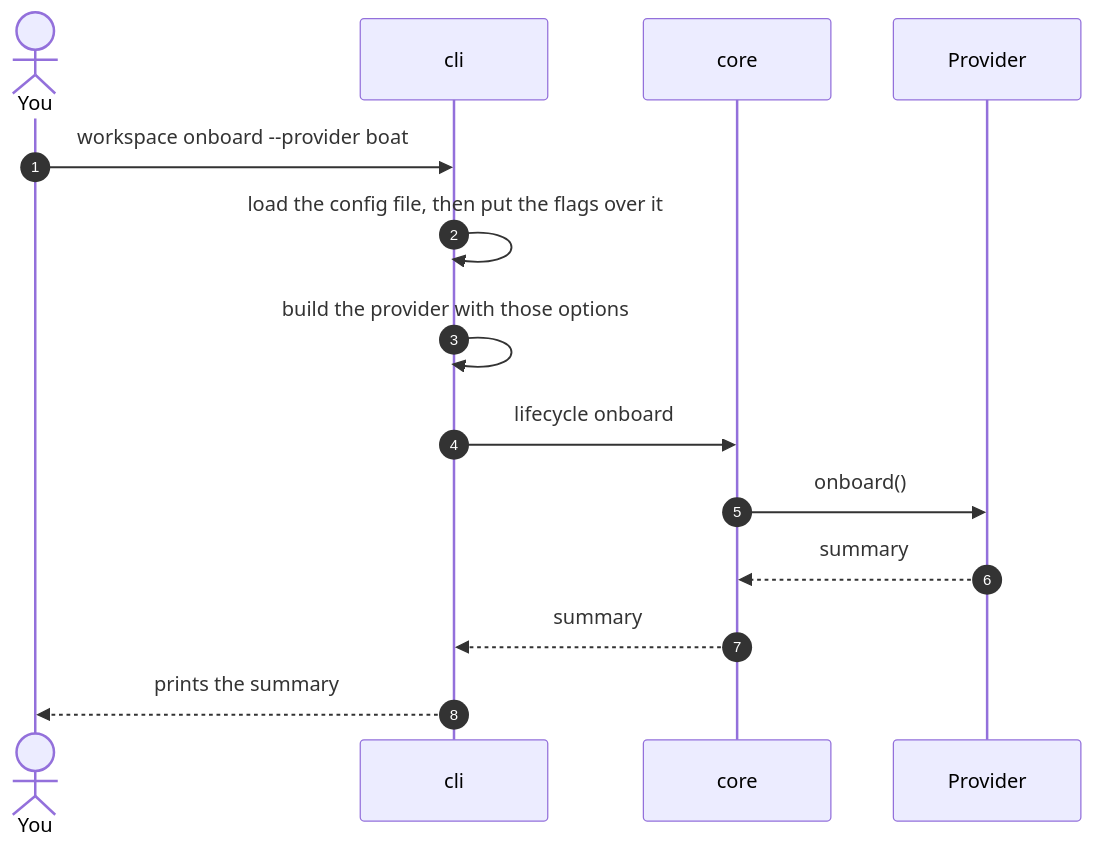
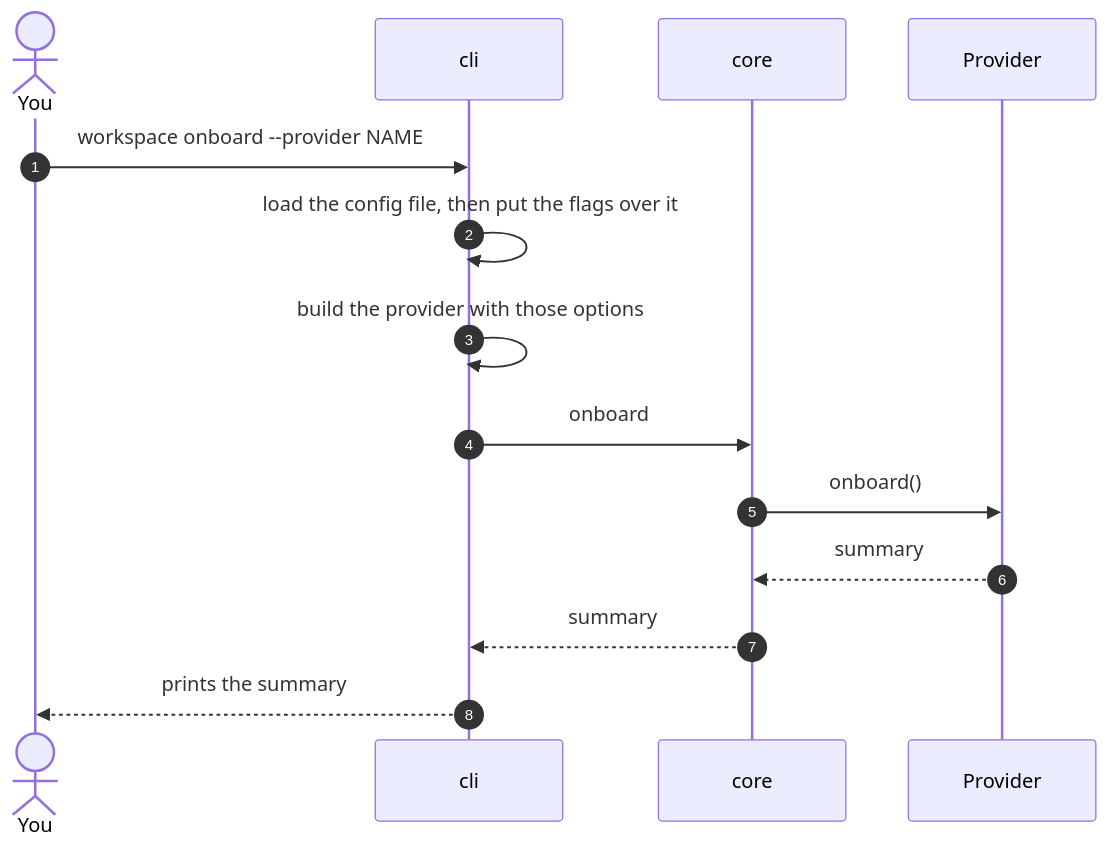
Before and after one commit to NextNodeSolutions/workspace: the second of 6 diagrams in docs/architecture.md, drawn with Mermaid. The commit also changed other lines of this file and 4 other files, not shown here.

````diff
--- a/docs/architecture.md
+++ b/docs/architecture.md
@@ -47,16 +41,16 @@
 ```mermaid
 sequenceDiagram
     autonumber
     actor You
     participant CLI as cli
     participant Core as core
     participant P as Provider
-    You->>CLI: workspace onboard --provider boat
+    You->>CLI: workspace onboard --provider NAME
     CLI->>CLI: load the config file, then put the flags over it
     CLI->>CLI: build the provider with those options
-    CLI->>Core: lifecycle onboard
+    CLI->>Core: onboard
     Core->>P: onboard()
     P-->>Core: summary
     Core-->>CLI: summary
     CLI-->>You: prints the summary
 ```
````
